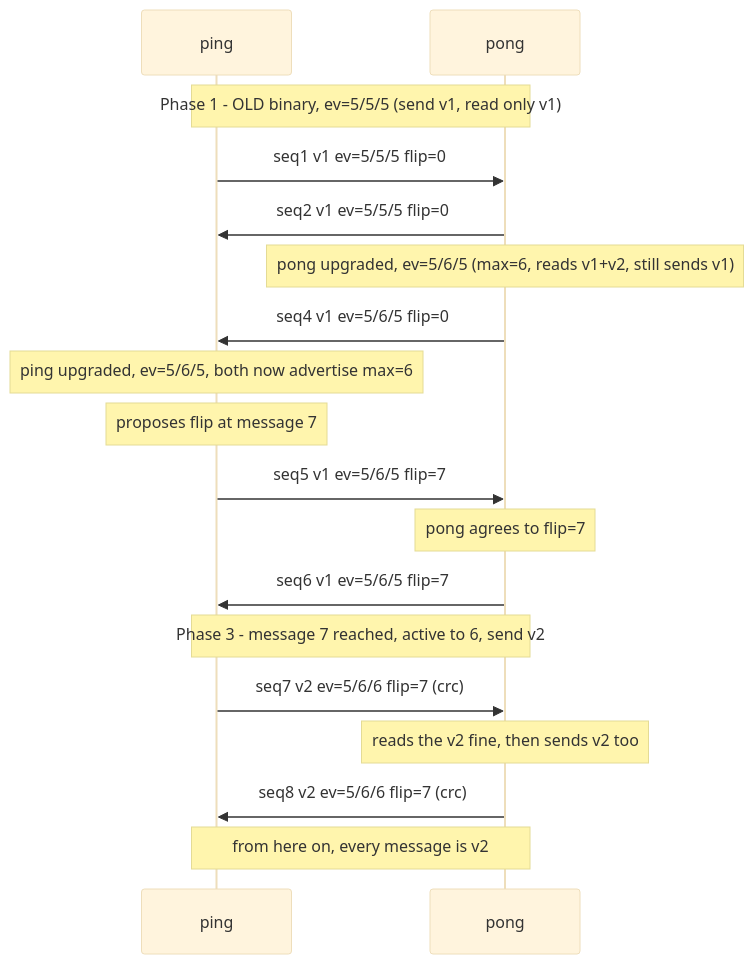
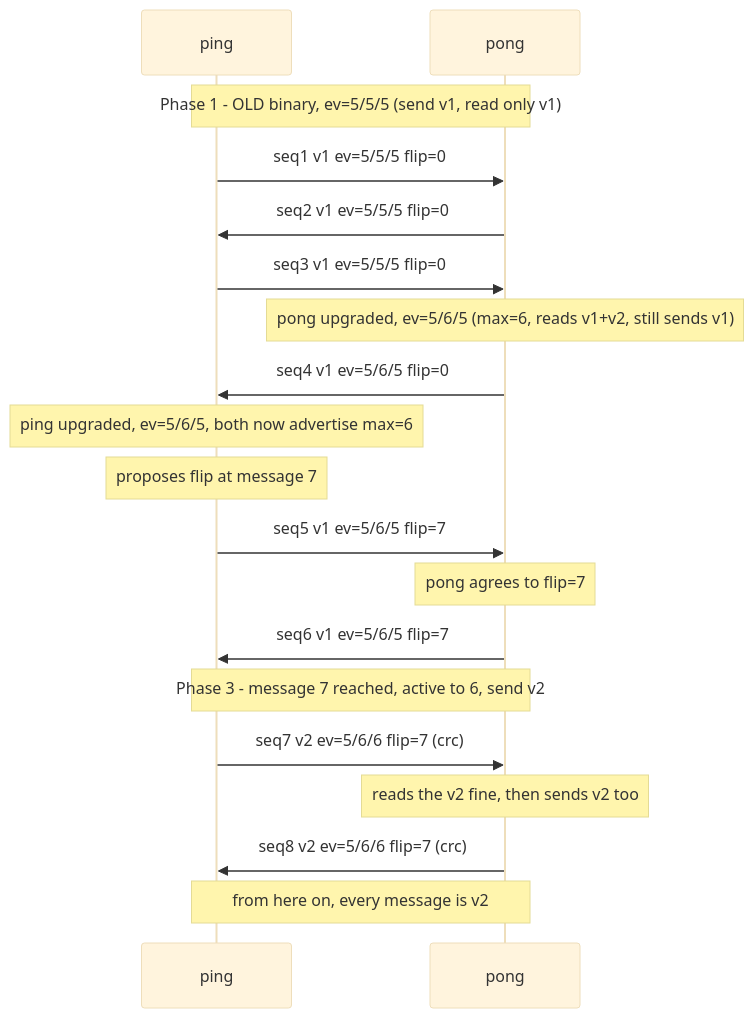
One commit to automa-saga/gatekit-spec changed the diagram in examples/go/pingpong/README.md. Above: the diagram before and after it, drawn with Mermaid (base theme). The commit also changed 4 other files, not shown here.

````diff
--- a/examples/go/pingpong/README.md
+++ b/examples/go/pingpong/README.md
@@ -59,20 +59,21 @@
 ```mermaid
 sequenceDiagram
     participant P as ping
     participant Q as pong
     Note over P,Q: Phase 1 - OLD binary, ev=5/5/5 (send v1, read only v1)
     P->>Q: seq1 v1 ev=5/5/5 flip=0
     Q->>P: seq2 v1 ev=5/5/5 flip=0
+    P->>Q: seq3 v1 ev=5/5/5 flip=0
     Note over Q: pong upgraded, ev=5/6/5 (max=6, reads v1+v2, still sends v1)
     Q->>P: seq4 v1 ev=5/6/5 flip=0
     Note over P: ping upgraded, ev=5/6/5, both now advertise max=6
     Note over P: proposes flip at message 7
     P->>Q: seq5 v1 ev=5/6/5 flip=7
     Note over Q: pong agrees to flip=7
     Q->>P: seq6 v1 ev=5/6/5 flip=7
     Note over P,Q: Phase 3 - message 7 reached, active to 6, send v2
     P->>Q: seq7 v2 ev=5/6/6 flip=7 (crc)
     Note over Q: reads the v2 fine, then sends v2 too
     Q->>P: seq8 v2 ev=5/6/6 flip=7 (crc)
     Note over P,Q: from here on, every message is v2
 ```
````
